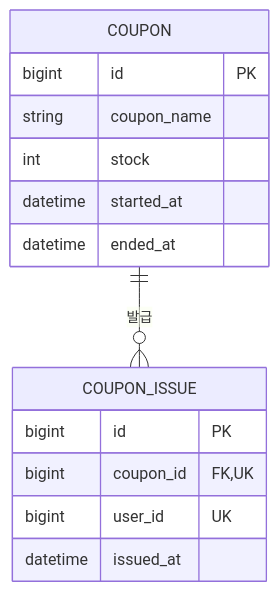
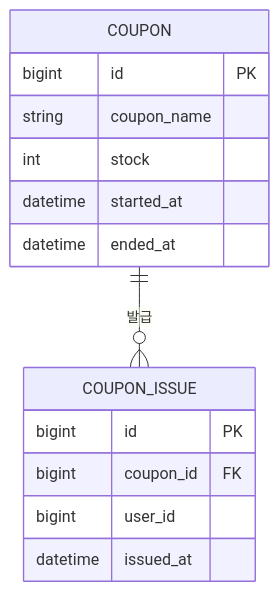
Before and after one commit to philE22/java-playground: the diagram in src/main/java/com/example/javaplayground/coupon/docs/ERD_V1.md, drawn with Mermaid. The commit also changed other lines of this file and 1 other file, not shown here.

````diff
--- a/src/main/java/com/example/javaplayground/coupon/docs/ERD_V1.md
+++ b/src/main/java/com/example/javaplayground/coupon/docs/ERD_V1.md
@@ -5,19 +5,19 @@
 ```mermaid
 erDiagram
     COUPON ||--o{ COUPON_ISSUE : "발급"
     
     COUPON {
         bigint id PK
         string coupon_name
         int stock
         datetime started_at
         datetime ended_at
     }
     
     COUPON_ISSUE {
         bigint id PK
-        bigint coupon_id FK,UK
-        bigint user_id UK
+        bigint coupon_id FK
+        bigint user_id
         datetime issued_at
     }
 ```
````
